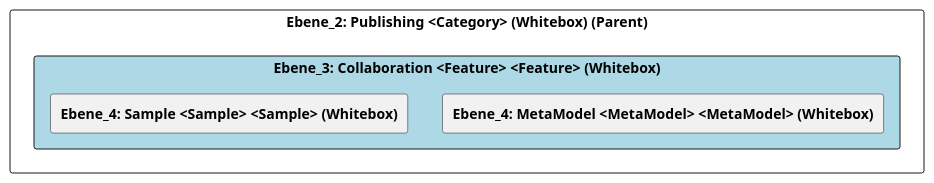
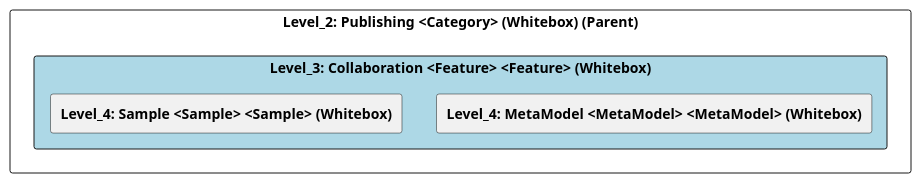
One commit to marcozwyssig/cleon changed the diagram in doc/cleonproject_deliverables_architecture_model_architecture/adoc/de/05_bausteinsicht/cleon/publishing/collaboration/ebene_3_collaboration.adoc. Above: the diagram before and after it, drawn with PlantUML. The commit also changed other lines of this file and 83 other files, not shown here.

```diff
--- a/doc/cleonproject_deliverables_architecture_model_architecture/adoc/de/05_bausteinsicht/cleon/publishing/collaboration/ebene_3_collaboration.adoc
+++ b/doc/cleonproject_deliverables_architecture_model_architecture/adoc/de/05_bausteinsicht/cleon/publishing/collaboration/ebene_3_collaboration.adoc
@@ -20,25 +20,25 @@
-[plantuml, Ebene_3: Collaboration <Feature> <Feature> (Whitebox)BlockOverview, format="svg"]
+[plantuml, Level_3: Collaboration <Feature> <Feature> (Whitebox)BlockOverview, format="svg"]
 ----
-@startuml Ebene_3: Collaboration <Feature> <Feature> (Whitebox)BuildingBlockOverview
+@startuml Level_3: Collaboration <Feature> <Feature> (Whitebox)BuildingBlockOverview
 
 skinparam ranksep 10
 skinparam componentStyle rectangle
 skinparam shadowing false
 skinparam arrowColor lightblue
 skinparam arrowThickness 1.2
 skinparam rectangle {
   BackgroundColor White
   BorderColor #333
   RoundCorner 10
 }
 top to bottom direction
 
-component "Ebene_2: Publishing <Category> (Whitebox) (Parent)" {
-    component "Ebene_3: Collaboration <Feature> <Feature> (Whitebox)" #lightblue {
-        [**Ebene_4: MetaModel <MetaModel> <MetaModel> (Whitebox)**] as 4A56DE41_D579_11EE_903E_9F564E4DE07E
-        [**Ebene_4: Sample <Sample> <Sample> (Whitebox)**] as 4A56DE45_D579_11EE_903E_9F564E4DE07E
+component "Level_2: Publishing <Category> (Whitebox) (Parent)" {
+    component "Level_3: Collaboration <Feature> <Feature> (Whitebox)" #lightblue {
+        [**Level_4: MetaModel <MetaModel> <MetaModel> (Whitebox)**] as 4A56DE41_D579_11EE_903E_9F564E4DE07E
+        [**Level_4: Sample <Sample> <Sample> (Whitebox)**] as 4A56DE45_D579_11EE_903E_9F564E4DE07E
     }
 }
 
 @enduml
 ----
```
